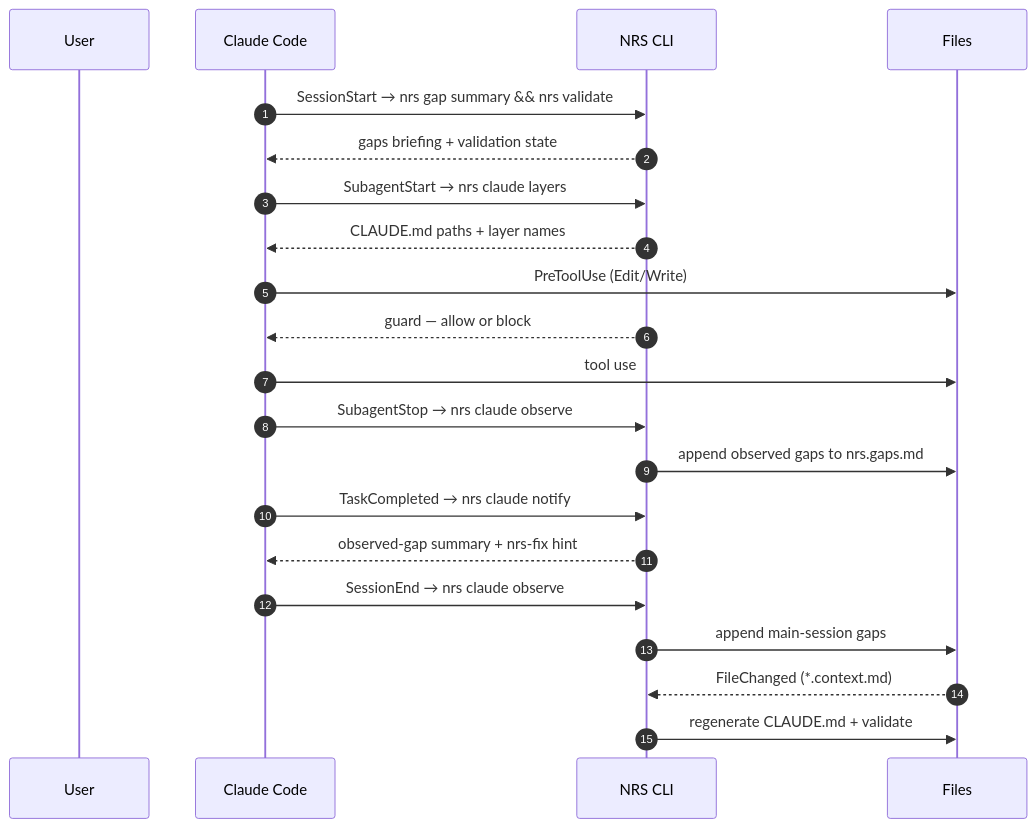
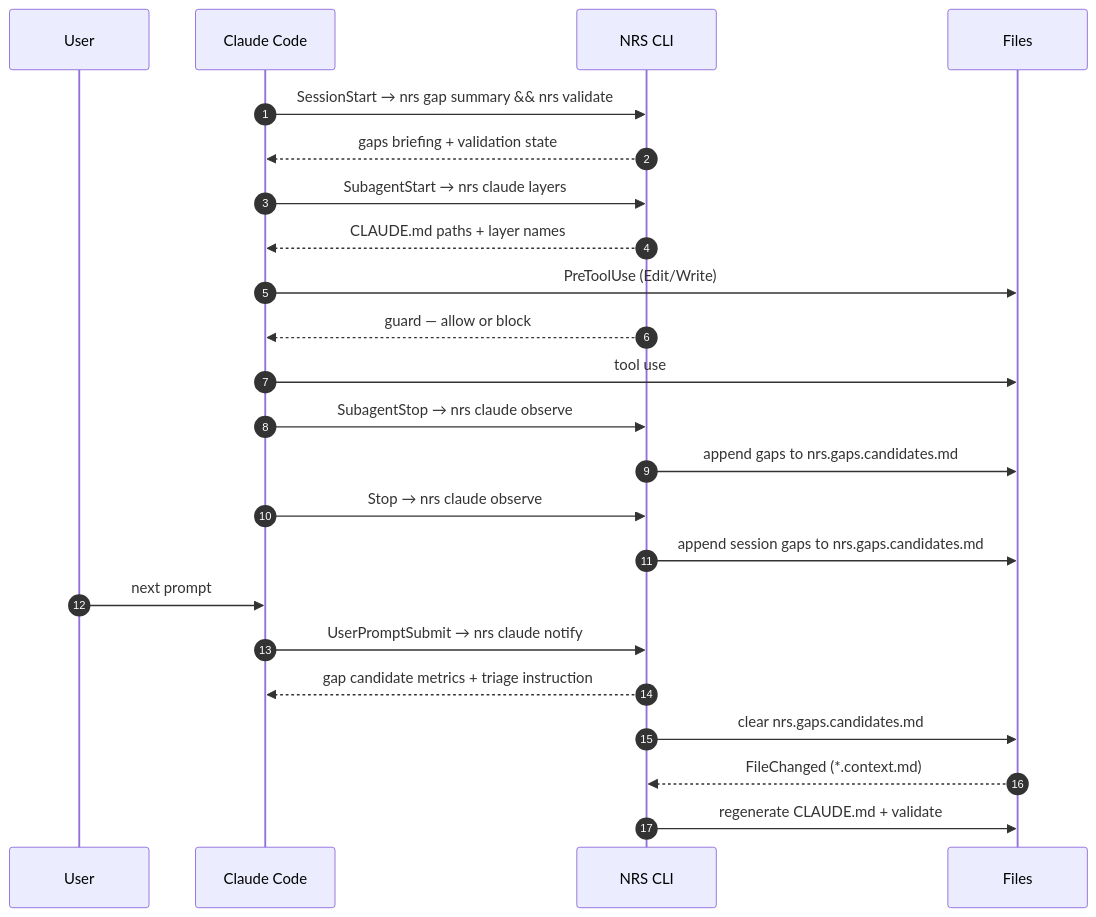
One commit to mde-pach/nrs changed the second of 2 diagrams in docs/src/content/docs/concepts/lifecycle.mdx. Above: the diagram before and after it, drawn with Mermaid. The commit also changed other lines of this file and 27 other files, not shown here.

First line of the commit message:
:sparkles: Close gap detection feedback loop with candidates staging and pop-one notify

````diff
--- a/docs/src/content/docs/concepts/lifecycle.mdx
+++ b/docs/src/content/docs/concepts/lifecycle.mdx
@@ -89,24 +89,26 @@
 ```mermaid
 sequenceDiagram
     autonumber
     participant U as User
     participant C as Claude Code
     participant N as NRS CLI
     participant F as Files
 
     C->>N: SessionStart → nrs gap summary && nrs validate
     N-->>C: gaps briefing + validation state
     C->>N: SubagentStart → nrs claude layers
     N-->>C: CLAUDE.md paths + layer names
     C->>F: PreToolUse (Edit/Write)
     N-->>C: guard — allow or block
     C->>F: tool use
     C->>N: SubagentStop → nrs claude observe
-    N->>F: append observed gaps to nrs.gaps.md
-    C->>N: TaskCompleted → nrs claude notify
-    N-->>C: observed-gap summary + nrs-fix hint
-    C->>N: SessionEnd → nrs claude observe
-    N->>F: append main-session gaps
+    N->>F: append gaps to nrs.gaps.candidates.md
+    C->>N: Stop → nrs claude observe
+    N->>F: append session gaps to nrs.gaps.candidates.md
+    U->>C: next prompt
+    C->>N: UserPromptSubmit → nrs claude notify
+    N-->>C: gap candidate metrics + triage instruction
+    N->>F: clear nrs.gaps.candidates.md
     F-->>N: FileChanged (*.context.md)
     N->>F: regenerate CLAUDE.md + validate
 ```
````
